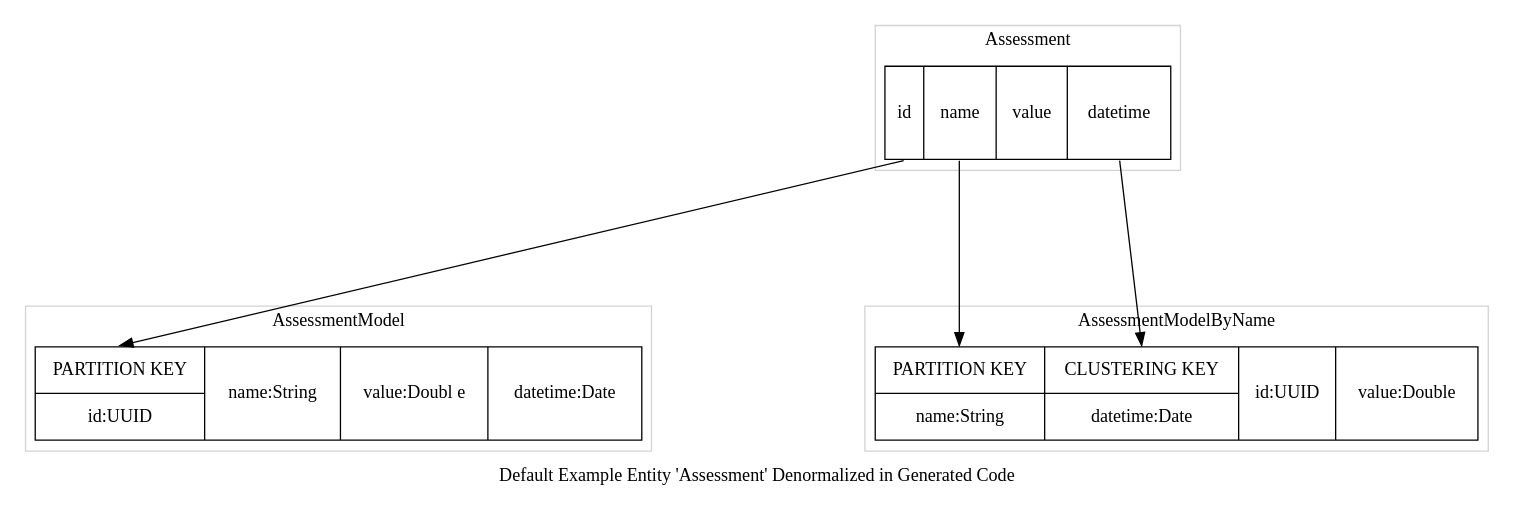
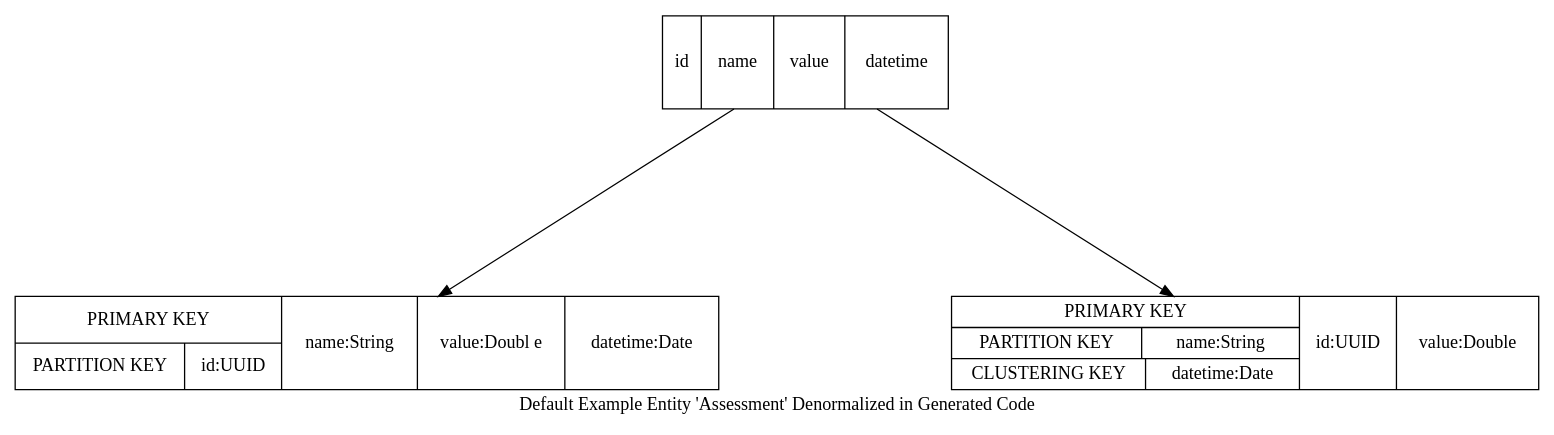
Before and after one commit to navicore/akka-http-phantom.g8: the diagram in docs/denorm.dot, drawn with Graphviz. The commit also changed 2 other files, not shown here.

```diff
--- a/docs/denorm.dot
+++ b/docs/denorm.dot
@@ -1,31 +1,38 @@
 digraph structs {
- 
+
+  //rankdir=LR; 
   nodesep=2.5; ranksep=2.0;
   label="Default Example Entity 'Assessment' Denormalized in Generated Code"
  
   node [shape=record,width=1,height=1];
   splines=false
 
   subgraph cluster0 {
     label = "Assessment";
     color=lightgrey;
     assessment [shape=record,label="<f0> id | <f1> name | <f2> value | <f3> datetime " ,height=1];
   }
 
   subgraph cluster1 {
     label = "AssessmentModel";
     color=lightgrey;
-    model1 [shape=record,label="{<f0> PARTITION KEY | { id:UUID } }| <f1> name:String |<f2> value:Doubl e|<f3> datetime:Date"];
+    model1 [shape=record,label="{ PRIMARY KEY | {<f0> PARTITION KEY | { id:UUID } } } | <f1> name:String |<f2> value:Doubl e|<f3> datetime:Date"];
   }
 
   subgraph cluster2 {
     label = "AssessmentModelByName";
     color=lightgrey;
-    model2 [shape=record,label=" {<f1> PARTITION KEY | { name:String } } | { <f3> CLUSTERING KEY | { datetime:Date } } | <f0> id:UUID | <f2> value:Double "];
+    //model2 [shape=record,label=" {<f1> PARTITION KEY | { name:String } } | { <f3> CLUSTERING KEY | { datetime:Date } } | <f0> id:UUID | <f2> value:Double "];
+    model2 [shape=record,label="{ PRIMARY KEY | {<f1> PARTITION KEY | { name:String } } | { <f3> CLUSTERING KEY | { datetime:Date } } } | <f0> id:UUID | <f2> value:Double "];
   }
 
-  assessment:f0 -> model1:f0;
-  assessment:f1 -> model2:f1;
-  assessment:f3 -> model2:f3;
+  { rank = same; "assessment"; }
+  { rank = same; "model1"; }
+  { rank = same; "model2"; }
+  assessment -> model1;
+  assessment -> model2;
+  //assessment:f0 -> model1:f0;
+  //assessment:f1 -> model2:f1;
+  //assessment:f3 -> model2:f3;
 
 }
```
